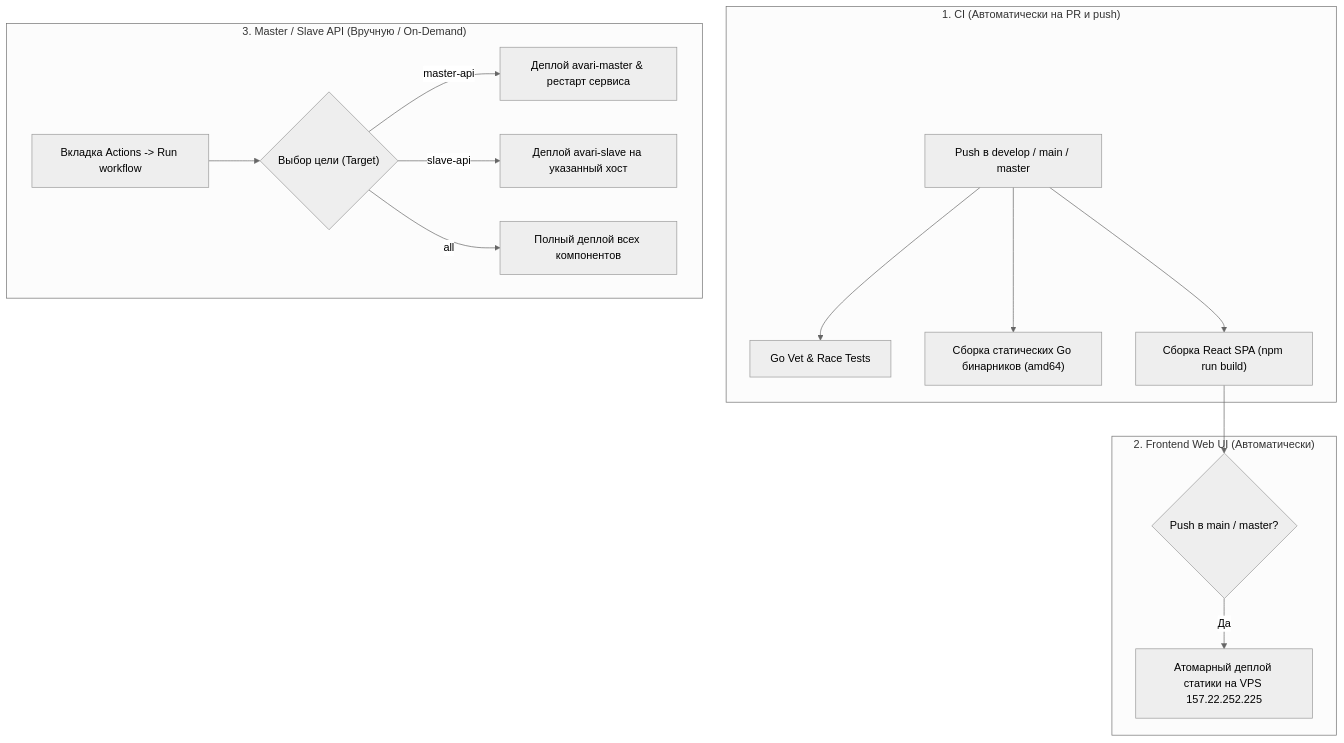
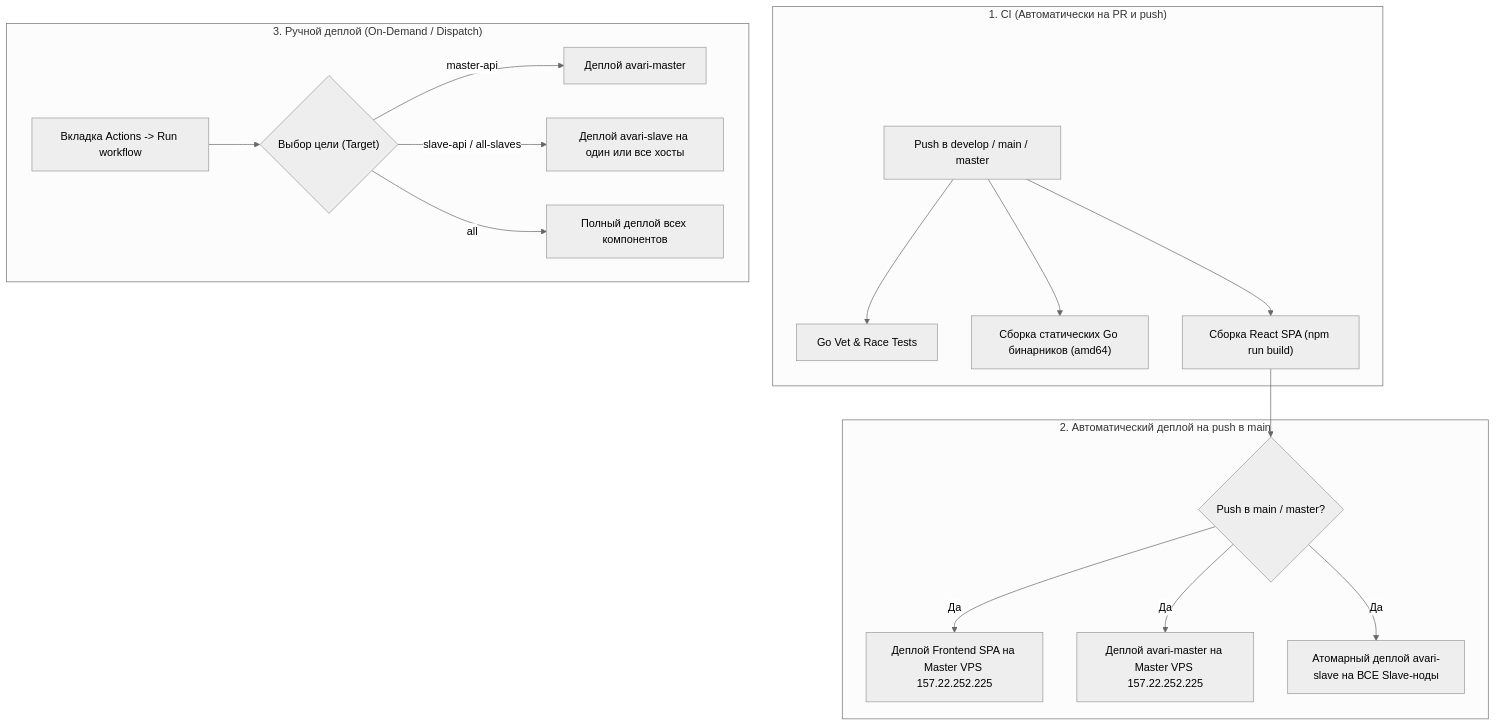
One commit to OstKost/avari-keys-mvp changed the diagram in _docs/CICD.md. Above: the diagram before and after it, drawn with Mermaid (neutral theme). The commit also changed other lines of this file and 11 other files, not shown here.

Commit message:
ci: automate deployment to all slave nodes on push to main

````diff
--- a/_docs/CICD.md
+++ b/_docs/CICD.md
@@ -11,20 +11,22 @@
 ```mermaid
 flowchart TD
     subgraph CI["1. CI (Автоматически на PR и push)"]
         A["Push в develop / main / master"] --> B["Go Vet & Race Tests"]
         A --> C["Сборка статических Go бинарников (amd64)"]
         A --> D["Сборка React SPA (npm run build)"]
     end
 
-    subgraph CD_Front["2. Frontend Web UI (Автоматически)"]
+    subgraph CD_Auto["2. Автоматический деплой на push в main"]
         D --> E{"Push в main / master?"}
-        E -- Да --> F["Атомарный деплой статики на VPS 157.22.252.225"]
+        E -- Да --> F["Деплой Frontend SPA на Master VPS 157.22.252.225"]
+        E -- Да --> G["Деплой avari-master на Master VPS 157.22.252.225"]
+        E -- Да --> H["Атомарный деплой avari-slave на ВСЕ Slave-ноды"]
     end
 
-    subgraph CD_Back["3. Master / Slave API (Вручную / On-Demand)"]
-        G["Вкладка Actions -> Run workflow"] --> H{"Выбор цели (Target)"}
-        H -- master-api --> I["Деплой avari-master & рестарт сервиса"]
-        H -- slave-api --> J["Деплой avari-slave на указанный хост"]
-        H -- all --> K["Полный деплой всех компонентов"]
+    subgraph CD_Manual["3. Ручной деплой (On-Demand / Dispatch)"]
+        I["Вкладка Actions -> Run workflow"] --> J{"Выбор цели (Target)"}
+        J -- master-api --> K["Деплой avari-master"]
+        J -- slave-api / all-slaves --> L["Деплой avari-slave на один или все хосты"]
+        J -- all --> M["Полный деплой всех компонентов"]
     end
 ```
````
